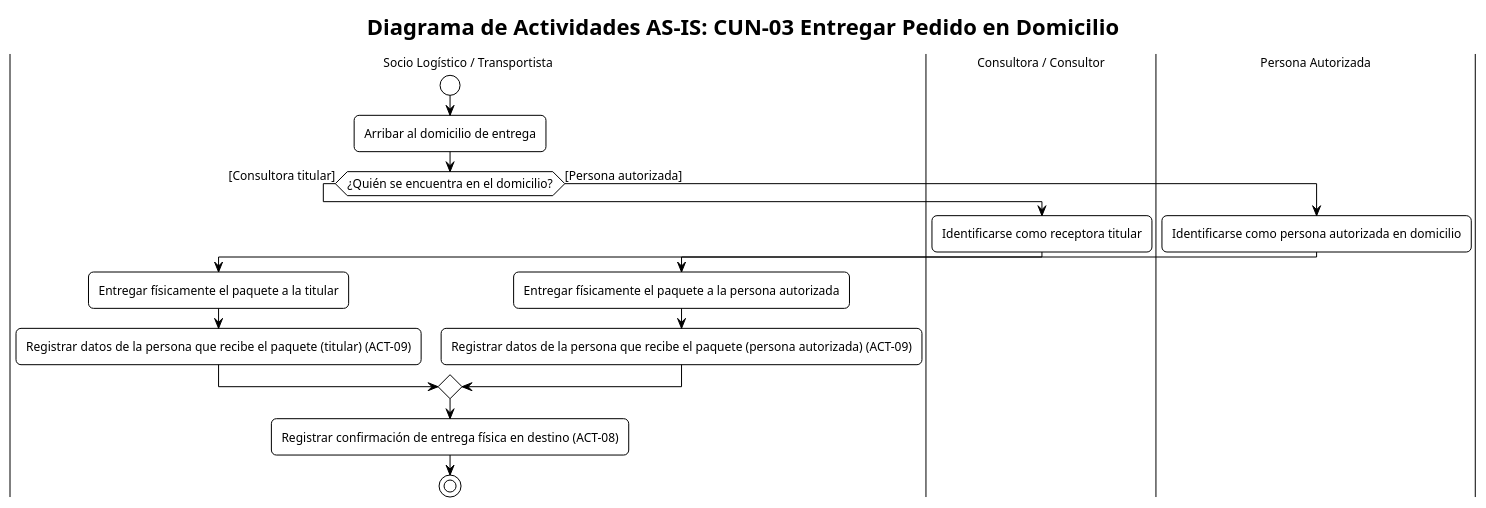
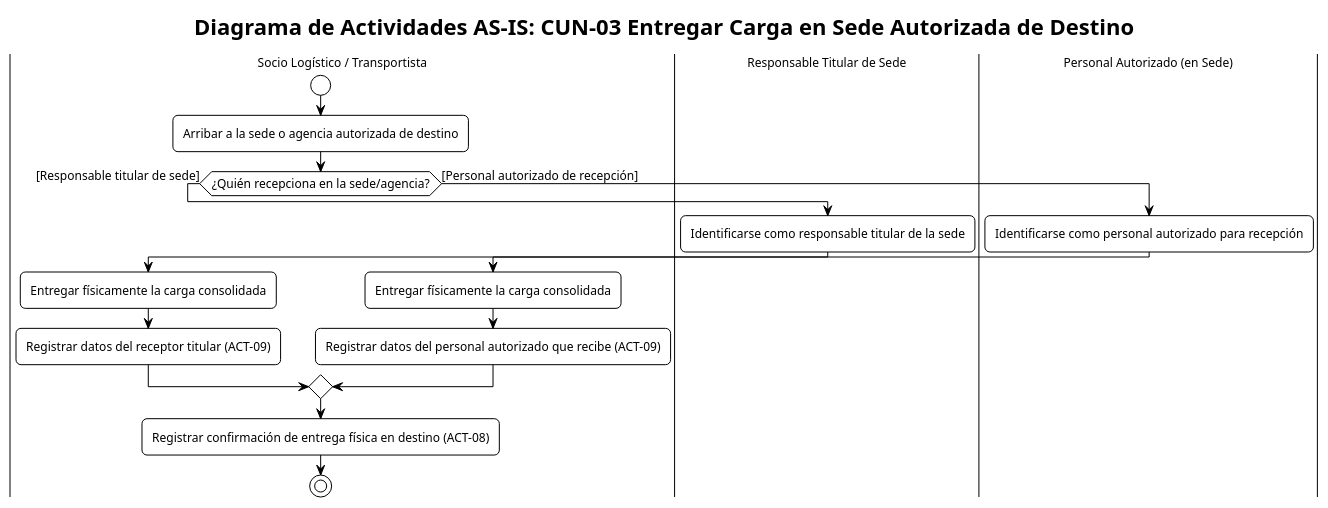
One commit to SaraviaH/arq-emp changed the diagram in arq-emp AS-IS/Diagrama de Actividades/CUN_03_Entregar.puml. Above: the diagram before and after it, drawn with PlantUML. The commit also changed 36 other files, not shown here.

```diff
--- a/arq-emp AS-IS/Diagrama de Actividades/CUN_03_Entregar.puml
+++ b/arq-emp AS-IS/Diagrama de Actividades/CUN_03_Entregar.puml
@@ -1,31 +1,31 @@
 @startuml CUN_03_Entregar
 !theme plain
 skinparam shadowing false
 skinparam roundcorner 10
 skinparam defaultFontName "Arial"
 skinparam defaultFontSize 12
 
-title Diagrama de Actividades AS-IS: CUN-03 Entregar Pedido en Domicilio
+title Diagrama de Actividades AS-IS: CUN-03 Entregar Carga en Sede Autorizada de Destino
 
 |Socio Logístico / Transportista|
 start
-:Arribar al domicilio de entrega;
-if (¿Quién se encuentra en el domicilio?) then ([Consultora titular])
-  |Consultora / Consultor|
-  :Identificarse como receptora titular;
+:Arribar a la sede o agencia autorizada de destino;
+if (¿Quién recepciona en la sede/agencia?) then ([Responsable titular de sede])
+  |Responsable Titular de Sede|
+  :Identificarse como responsable titular de la sede;
   |Socio Logístico / Transportista|
-  :Entregar físicamente el paquete a la titular;
-  :Registrar datos de la persona que recibe el paquete (titular) (ACT-09);
-else ([Persona autorizada])
-  |Persona Autorizada|
-  :Identificarse como persona autorizada en domicilio;
+  :Entregar físicamente la carga consolidada;
+  :Registrar datos del receptor titular (ACT-09);
+else ([Personal autorizado de recepción])
+  |Personal Autorizado (en Sede)|
+  :Identificarse como personal autorizado para recepción;
   |Socio Logístico / Transportista|
-  :Entregar físicamente el paquete a la persona autorizada;
-  :Registrar datos de la persona que recibe el paquete (persona autorizada) (ACT-09);
+  :Entregar físicamente la carga consolidada;
+  :Registrar datos del personal autorizado que recibe (ACT-09);
 endif
 
 |Socio Logístico / Transportista|
 :Registrar confirmación de entrega física en destino (ACT-08);
 stop
 
 @enduml
```
